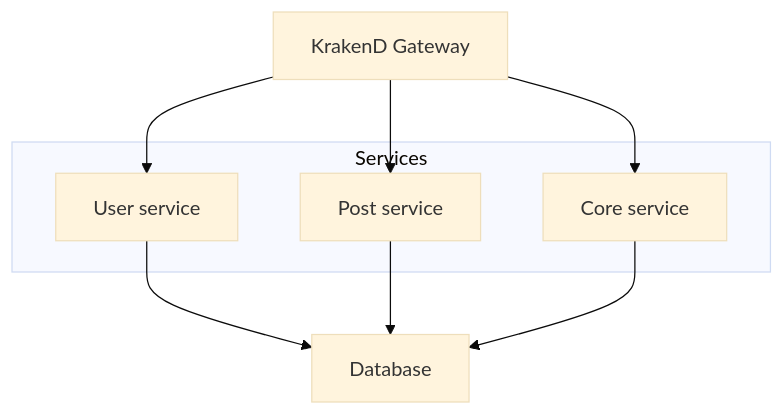
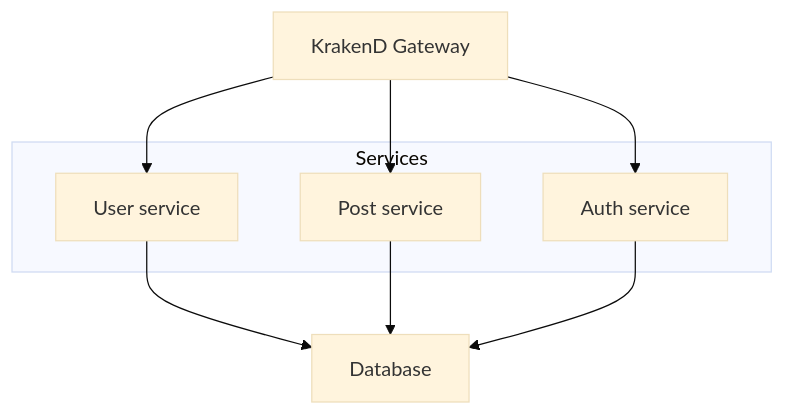
Before and after one commit to georgiirocket/nestjs-monorepo-krakend: the diagram in README.md, drawn with Mermaid (base theme). The commit also changed 11 other files, not shown here.

````diff
--- a/README.md
+++ b/README.md
@@ -68,18 +68,18 @@
 ```mermaid
   flowchart TD
     G[KrakenD Gateway]
     D[Database]
 
     subgraph Services
         s1[User service]
         s2[Post service]
-        s3[Core service]
+        s3[Auth service]
     end
 
     G --> s1
     G --> s3
     G --> s2
     s1 --> D
     s2 --> D
     s3 --> D
 ```
````
